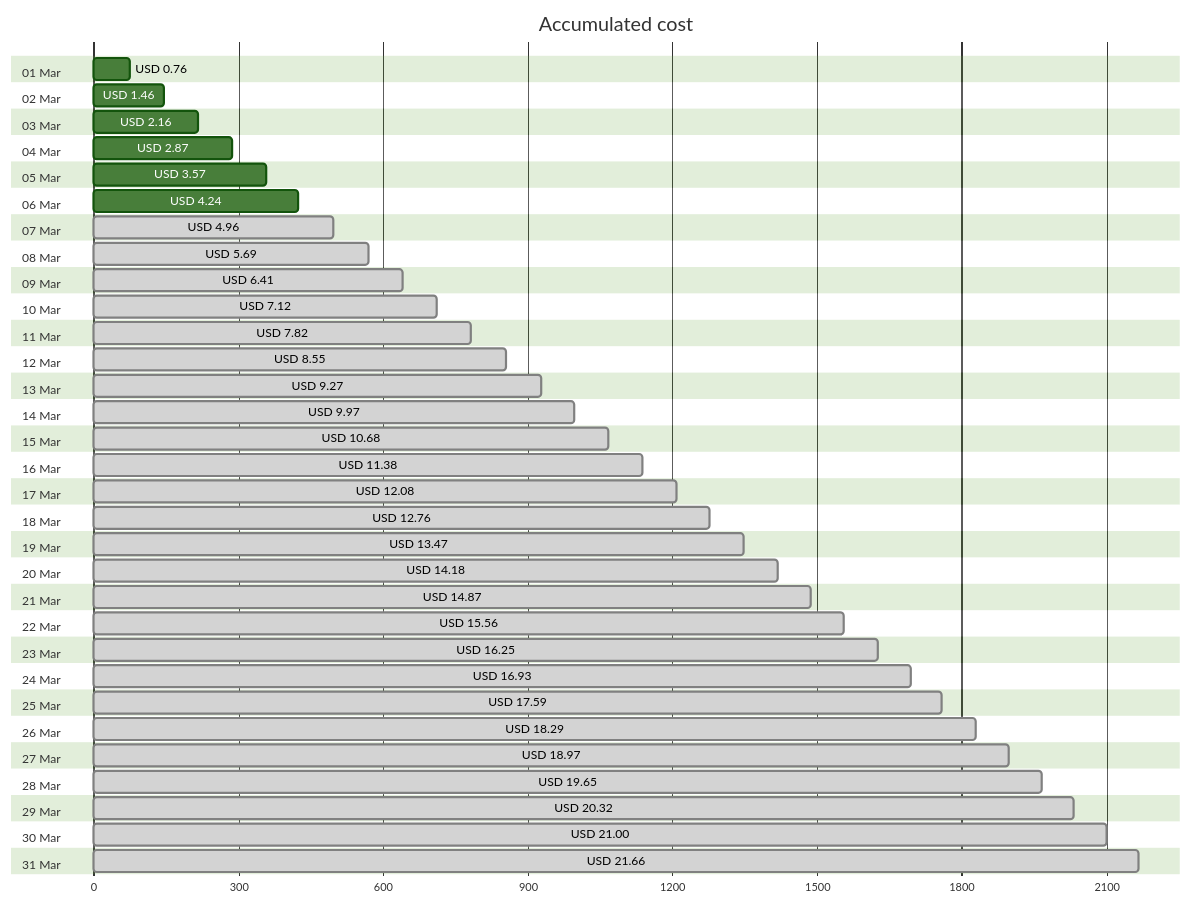
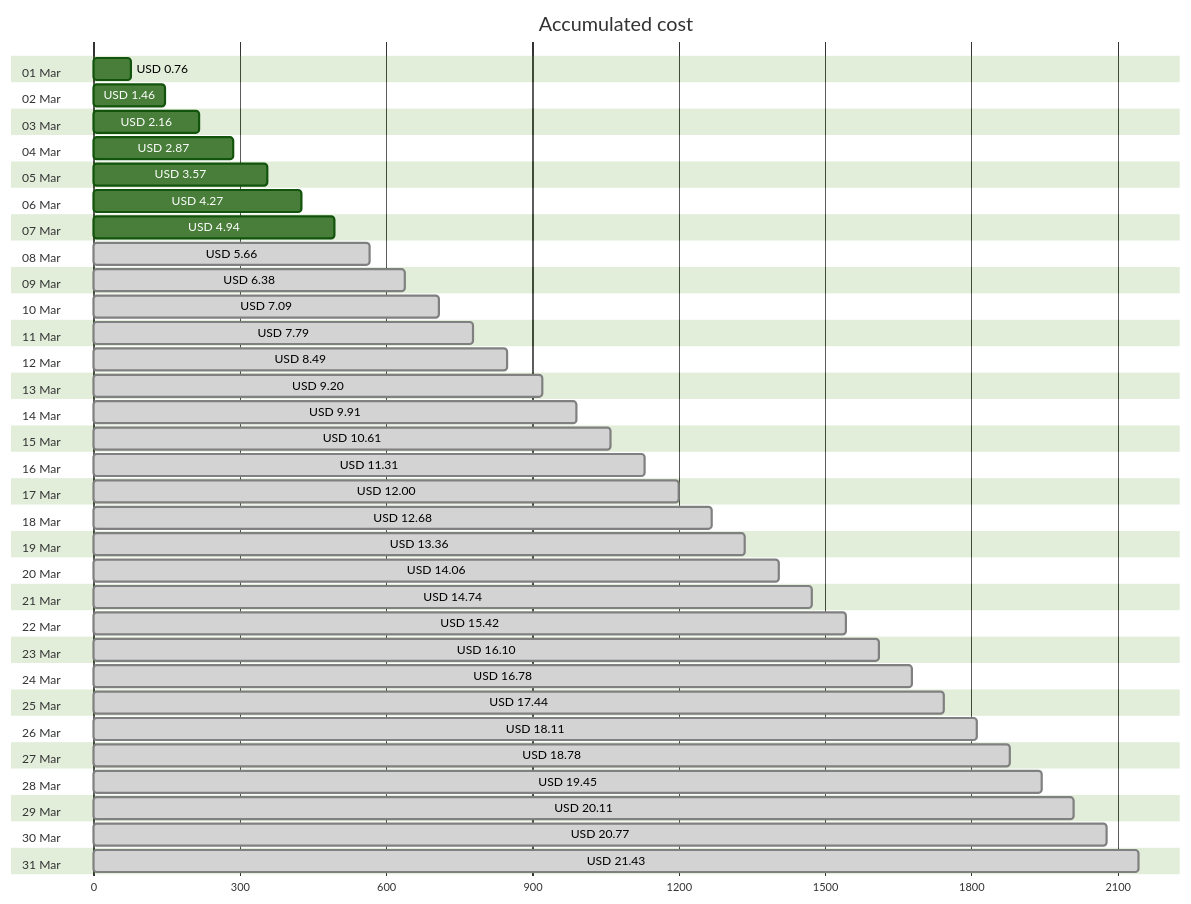
The first of 4 diagrams in cost-reports/personal-network/backup-server-data-disk.md (jpfulton/azure-personal-reports), drawn with Mermaid (forest theme) before and after one commit. The commit also changed other lines of this file and 7 other files, not shown here.

````diff
--- a/cost-reports/personal-network/backup-server-data-disk.md
+++ b/cost-reports/personal-network/backup-server-data-disk.md
@@ -20,68 +20,68 @@
 ```mermaid
 gantt
    title Accumulated cost
    dateFormat  X
    axisFormat %s
    section 01 Mar
    USD 0.76 :0, 76
    section 02 Mar
    USD 1.46 :0, 146
    section 03 Mar
    USD 2.16 :0, 216
    section 04 Mar
    USD 2.87 :0, 287
    section 05 Mar
    USD 3.57 :0, 357
    section 06 Mar
-   USD 4.24 :0, 424
+   USD 4.27 :0, 427
    section 07 Mar
-   USD 4.96 : done, 0, 496
+   USD 4.94 :0, 494
    section 08 Mar
-   USD 5.69 : done, 0, 569
+   USD 5.66 : done, 0, 566
    section 09 Mar
-   USD 6.41 : done, 0, 641
+   USD 6.38 : done, 0, 638
    section 10 Mar
-   USD 7.12 : done, 0, 712
+   USD 7.09 : done, 0, 709
    section 11 Mar
-   USD 7.82 : done, 0, 782
+   USD 7.79 : done, 0, 779
    section 12 Mar
-   USD 8.55 : done, 0, 855
+   USD 8.49 : done, 0, 849
    section 13 Mar
-   USD 9.27 : done, 0, 927
+   USD 9.20 : done, 0, 920
    section 14 Mar
-   USD 9.97 : done, 0, 997
+   USD 9.91 : done, 0, 991
    section 15 Mar
-   USD 10.68 : done, 0, 1068
+   USD 10.61 : done, 0, 1061
    section 16 Mar
-   USD 11.38 : done, 0, 1138
+   USD 11.31 : done, 0, 1131
    section 17 Mar
-   USD 12.08 : done, 0, 1208
+   USD 12.00 : done, 0, 1200
    section 18 Mar
-   USD 12.76 : done, 0, 1276
+   USD 12.68 : done, 0, 1268
    section 19 Mar
-   USD 13.47 : done, 0, 1347
+   USD 13.36 : done, 0, 1336
    section 20 Mar
-   USD 14.18 : done, 0, 1418
+   USD 14.06 : done, 0, 1406
    section 21 Mar
-   USD 14.87 : done, 0, 1487
+   USD 14.74 : done, 0, 1474
    section 22 Mar
-   USD 15.56 : done, 0, 1556
+   USD 15.42 : done, 0, 1542
    section 23 Mar
-   USD 16.25 : done, 0, 1625
+   USD 16.10 : done, 0, 1610
    section 24 Mar
-   USD 16.93 : done, 0, 1693
+   USD 16.78 : done, 0, 1678
    section 25 Mar
-   USD 17.59 : done, 0, 1759
+   USD 17.44 : done, 0, 1744
    section 26 Mar
-   USD 18.29 : done, 0, 1829
+   USD 18.11 : done, 0, 1811
    section 27 Mar
-   USD 18.97 : done, 0, 1897
+   USD 18.78 : done, 0, 1878
    section 28 Mar
-   USD 19.65 : done, 0, 1965
+   USD 19.45 : done, 0, 1945
    section 29 Mar
-   USD 20.32 : done, 0, 2032
+   USD 20.11 : done, 0, 2011
    section 30 Mar
-   USD 21.00 : done, 0, 2100
+   USD 20.77 : done, 0, 2077
    section 31 Mar
-   USD 21.66 : done, 0, 2166
+   USD 21.43 : done, 0, 2143
 ```
````
